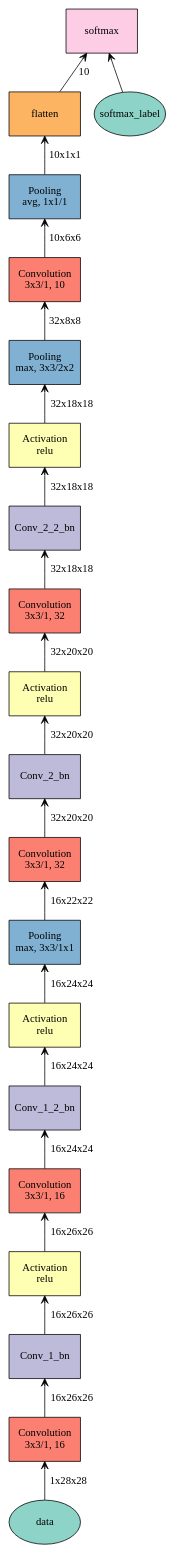
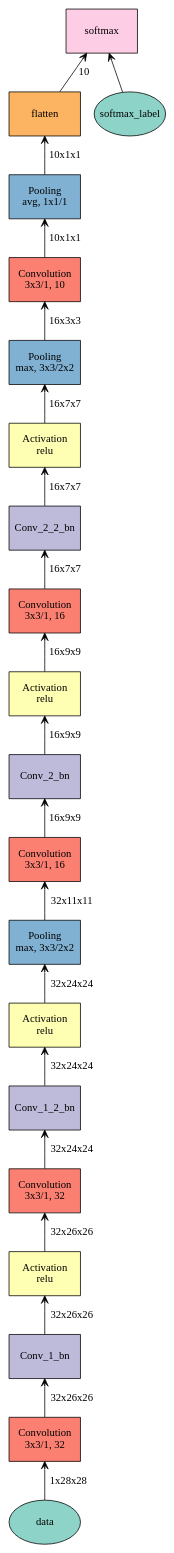
Before and after one commit to truebruce/MXnet_trial_mnist: the diagram in MNIST_trial/plot.gv, drawn with Graphviz. The commit also changed 3 other files, not shown here.

```diff
--- a/MNIST_trial/plot.gv
+++ b/MNIST_trial/plot.gv
@@ -1,41 +1,41 @@
 digraph plot {
 	data [label=data fillcolor="#8dd3c7" fixedsize=true height=0.8034 shape=oval style=filled width=1.3]
-	Conv_1 [label="Convolution\n3x3/1, 16" fillcolor="#fb8072" fixedsize=true height=0.8034 shape=box style=filled width=1.3]
+	Conv_1 [label="Convolution\n3x3/1, 32" fillcolor="#fb8072" fixedsize=true height=0.8034 shape=box style=filled width=1.3]
 	Conv_1_bn [label=Conv_1_bn fillcolor="#bebada" fixedsize=true height=0.8034 shape=box style=filled width=1.3]
 	Conv_1_act [label="Activation\nrelu" fillcolor="#ffffb3" fixedsize=true height=0.8034 shape=box style=filled width=1.3]
-	Conv_1_2 [label="Convolution\n3x3/1, 16" fillcolor="#fb8072" fixedsize=true height=0.8034 shape=box style=filled width=1.3]
+	Conv_1_2 [label="Convolution\n3x3/1, 32" fillcolor="#fb8072" fixedsize=true height=0.8034 shape=box style=filled width=1.3]
 	Conv_1_2_bn [label=Conv_1_2_bn fillcolor="#bebada" fixedsize=true height=0.8034 shape=box style=filled width=1.3]
 	Conv_1_2_act [label="Activation\nrelu" fillcolor="#ffffb3" fixedsize=true height=0.8034 shape=box style=filled width=1.3]
-	Conv_1_pooling [label="Pooling\nmax, 3x3/1x1" fillcolor="#80b1d3" fixedsize=true height=0.8034 shape=box style=filled width=1.3]
-	Conv_2 [label="Convolution\n3x3/1, 32" fillcolor="#fb8072" fixedsize=true height=0.8034 shape=box style=filled width=1.3]
+	Conv_1_pooling [label="Pooling\nmax, 3x3/2x2" fillcolor="#80b1d3" fixedsize=true height=0.8034 shape=box style=filled width=1.3]
+	Conv_2 [label="Convolution\n3x3/1, 16" fillcolor="#fb8072" fixedsize=true height=0.8034 shape=box style=filled width=1.3]
 	Conv_2_bn [label=Conv_2_bn fillcolor="#bebada" fixedsize=true height=0.8034 shape=box style=filled width=1.3]
 	Conv_2_act [label="Activation\nrelu" fillcolor="#ffffb3" fixedsize=true height=0.8034 shape=box style=filled width=1.3]
-	Conv_2_2 [label="Convolution\n3x3/1, 32" fillcolor="#fb8072" fixedsize=true height=0.8034 shape=box style=filled width=1.3]
+	Conv_2_2 [label="Convolution\n3x3/1, 16" fillcolor="#fb8072" fixedsize=true height=0.8034 shape=box style=filled width=1.3]
 	Conv_2_2_bn [label=Conv_2_2_bn fillcolor="#bebada" fixedsize=true height=0.8034 shape=box style=filled width=1.3]
 	Conv_2_2_act [label="Activation\nrelu" fillcolor="#ffffb3" fixedsize=true height=0.8034 shape=box style=filled width=1.3]
 	Conv_2_pooling [label="Pooling\nmax, 3x3/2x2" fillcolor="#80b1d3" fixedsize=true height=0.8034 shape=box style=filled width=1.3]
 	Conv_3 [label="Convolution\n3x3/1, 10" fillcolor="#fb8072" fixedsize=true height=0.8034 shape=box style=filled width=1.3]
 	Conv_3_pooling [label="Pooling\navg, 1x1/1" fillcolor="#80b1d3" fixedsize=true height=0.8034 shape=box style=filled width=1.3]
 	flatten [label=flatten fillcolor="#fdb462" fixedsize=true height=0.8034 shape=box style=filled width=1.3]
 	softmax_label [label=softmax_label fillcolor="#8dd3c7" fixedsize=true height=0.8034 shape=oval style=filled width=1.3]
 	softmax [label=softmax fillcolor="#fccde5" fixedsize=true height=0.8034 shape=box style=filled width=1.3]
 	Conv_1 -> data [label="1x28x28" arrowtail=open dir=back]
-	Conv_1_bn -> Conv_1 [label="16x26x26" arrowtail=open dir=back]
-	Conv_1_act -> Conv_1_bn [label="16x26x26" arrowtail=open dir=back]
-	Conv_1_2 -> Conv_1_act [label="16x26x26" arrowtail=open dir=back]
-	Conv_1_2_bn -> Conv_1_2 [label="16x24x24" arrowtail=open dir=back]
-	Conv_1_2_act -> Conv_1_2_bn [label="16x24x24" arrowtail=open dir=back]
-	Conv_1_pooling -> Conv_1_2_act [label="16x24x24" arrowtail=open dir=back]
-	Conv_2 -> Conv_1_pooling [label="16x22x22" arrowtail=open dir=back]
-	Conv_2_bn -> Conv_2 [label="32x20x20" arrowtail=open dir=back]
-	Conv_2_act -> Conv_2_bn [label="32x20x20" arrowtail=open dir=back]
-	Conv_2_2 -> Conv_2_act [label="32x20x20" arrowtail=open dir=back]
-	Conv_2_2_bn -> Conv_2_2 [label="32x18x18" arrowtail=open dir=back]
-	Conv_2_2_act -> Conv_2_2_bn [label="32x18x18" arrowtail=open dir=back]
-	Conv_2_pooling -> Conv_2_2_act [label="32x18x18" arrowtail=open dir=back]
-	Conv_3 -> Conv_2_pooling [label="32x8x8" arrowtail=open dir=back]
-	Conv_3_pooling -> Conv_3 [label="10x6x6" arrowtail=open dir=back]
+	Conv_1_bn -> Conv_1 [label="32x26x26" arrowtail=open dir=back]
+	Conv_1_act -> Conv_1_bn [label="32x26x26" arrowtail=open dir=back]
+	Conv_1_2 -> Conv_1_act [label="32x26x26" arrowtail=open dir=back]
+	Conv_1_2_bn -> Conv_1_2 [label="32x24x24" arrowtail=open dir=back]
+	Conv_1_2_act -> Conv_1_2_bn [label="32x24x24" arrowtail=open dir=back]
+	Conv_1_pooling -> Conv_1_2_act [label="32x24x24" arrowtail=open dir=back]
+	Conv_2 -> Conv_1_pooling [label="32x11x11" arrowtail=open dir=back]
+	Conv_2_bn -> Conv_2 [label="16x9x9" arrowtail=open dir=back]
+	Conv_2_act -> Conv_2_bn [label="16x9x9" arrowtail=open dir=back]
+	Conv_2_2 -> Conv_2_act [label="16x9x9" arrowtail=open dir=back]
+	Conv_2_2_bn -> Conv_2_2 [label="16x7x7" arrowtail=open dir=back]
+	Conv_2_2_act -> Conv_2_2_bn [label="16x7x7" arrowtail=open dir=back]
+	Conv_2_pooling -> Conv_2_2_act [label="16x7x7" arrowtail=open dir=back]
+	Conv_3 -> Conv_2_pooling [label="16x3x3" arrowtail=open dir=back]
+	Conv_3_pooling -> Conv_3 [label="10x1x1" arrowtail=open dir=back]
 	flatten -> Conv_3_pooling [label="10x1x1" arrowtail=open dir=back]
 	softmax -> flatten [label=10 arrowtail=open dir=back]
 	softmax -> softmax_label [label="" arrowtail=open dir=back]
 }
```
